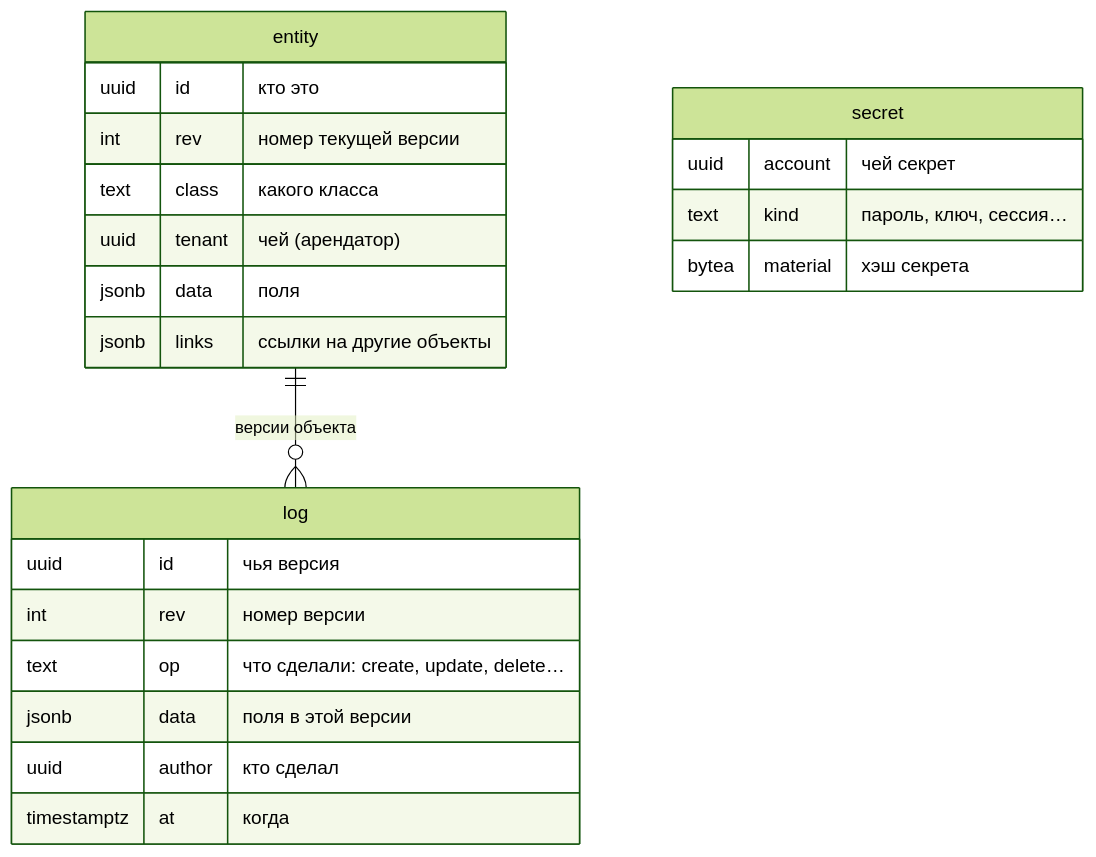
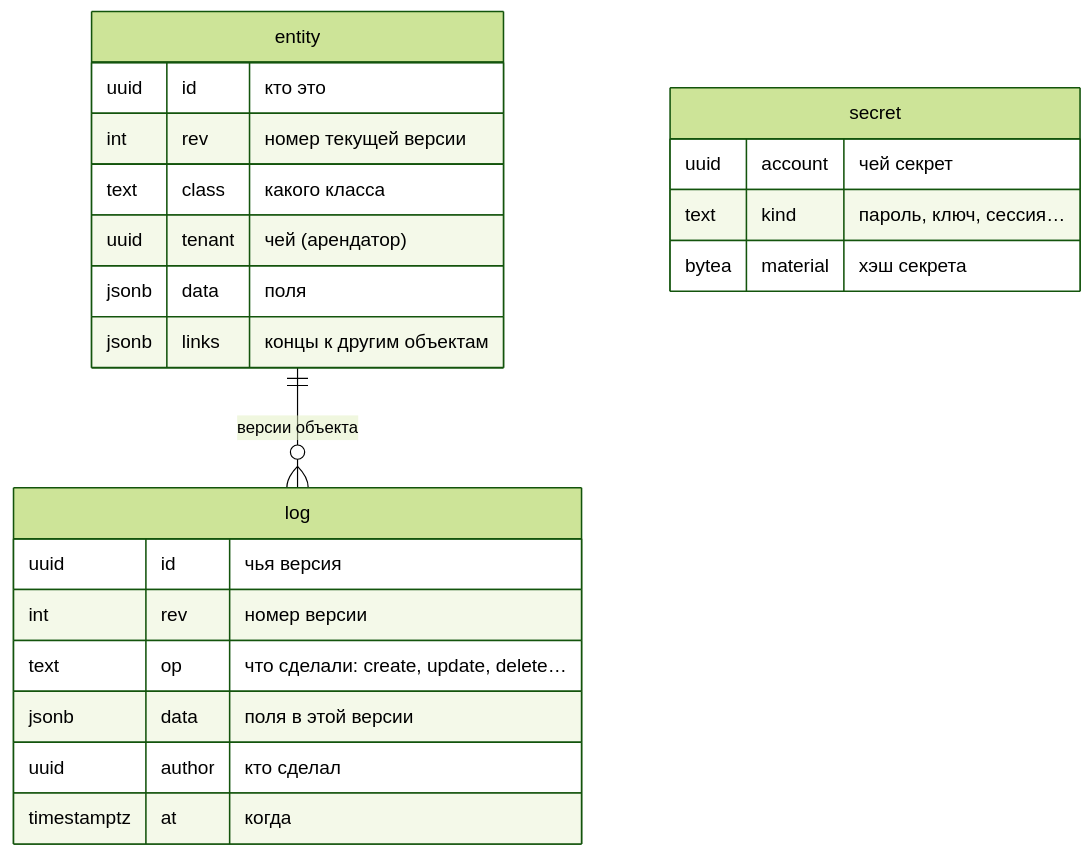
One commit to alepri51/letopis changed the first of 2 diagrams in guide/pages/basics/what-is.md. Above: the diagram before and after it, drawn with Mermaid (forest theme). The commit also changed 97 other files, not shown here.

````diff
--- a/guide/pages/basics/what-is.md
+++ b/guide/pages/basics/what-is.md
@@ -37,25 +37,25 @@
 ```mermaid
 erDiagram
   entity ||--o{ log : "версии объекта"
   entity {
     uuid id "кто это"
     int rev "номер текущей версии"
     text class "какого класса"
     uuid tenant "чей (арендатор)"
     jsonb data "поля"
-    jsonb links "ссылки на другие объекты"
+    jsonb links "концы к другим объектам"
   }
   log {
     uuid id "чья версия"
     int rev "номер версии"
     text op "что сделали: create, update, delete…"
     jsonb data "поля в этой версии"
     uuid author "кто сделал"
     timestamptz at "когда"
   }
   secret {
     uuid account "чей секрет"
     text kind "пароль, ключ, сессия…"
     bytea material "хэш секрета"
   }
 ```
````
